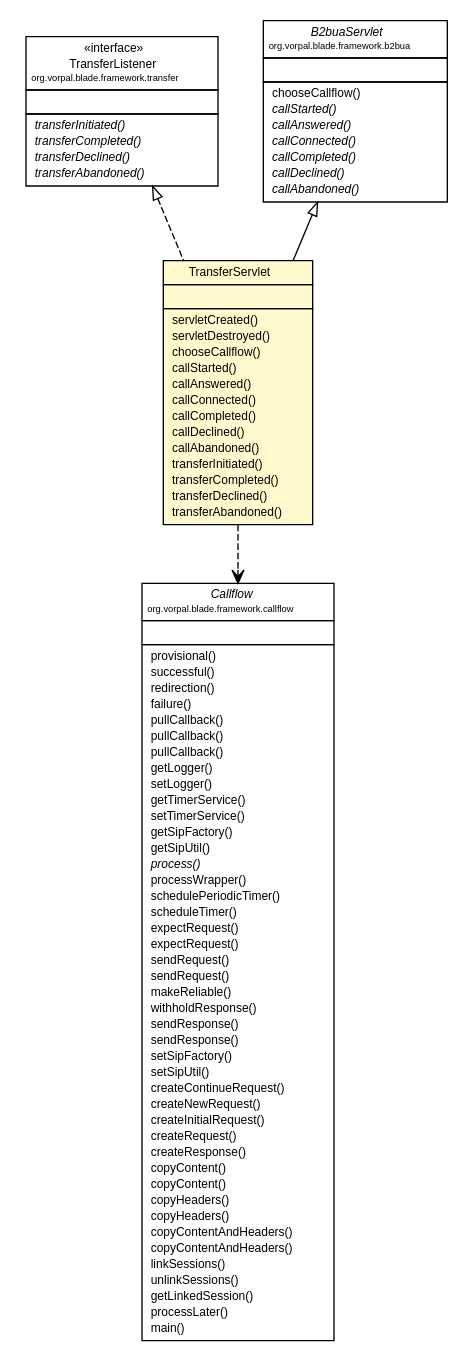
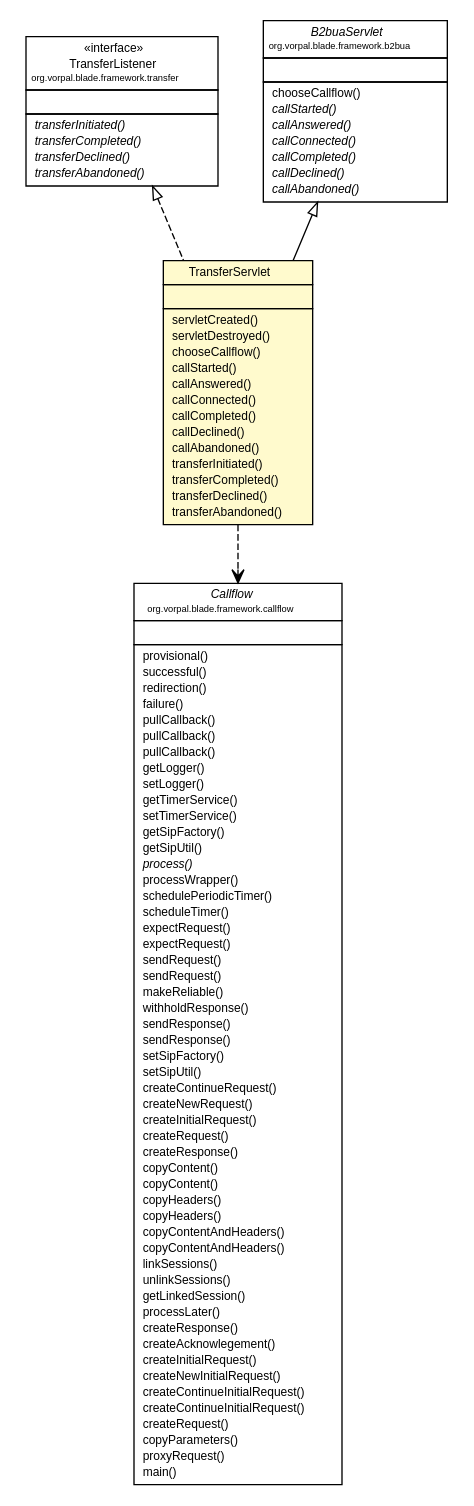
One commit to vorpalnet/vorpalnet.github.io changed the diagram in blade/vorpal-blade-transfer/org/vorpal/blade/services/transfer/TransferServlet.dot. Above: the diagram before and after it, drawn with Graphviz. The commit also changed 1096 other files, not shown here.

```diff
--- a/blade/vorpal-blade-transfer/org/vorpal/blade/services/transfer/TransferServlet.dot
+++ b/blade/vorpal-blade-transfer/org/vorpal/blade/services/transfer/TransferServlet.dot
@@ -1,133 +1,142 @@
 #!/usr/local/bin/dot
 #
 # Class diagram 
 # Generated by UMLGraph version 5.2 (http://www.umlgraph.org/)
 #
 
 digraph G {
 	edge [fontname="Helvetica",fontsize=10,labelfontname="Helvetica",labelfontsize=10];
 	node [fontname="Helvetica",fontsize=10,shape=plaintext];
 	nodesep=0.25;
 	ranksep=0.5;
 	// org.vorpal.blade.framework.transfer.TransferListener
-	c187 [label=<<table title="org.vorpal.blade.framework.transfer.TransferListener" border="0" cellborder="1" cellspacing="0" cellpadding="2" port="p" href="../../framework/transfer/TransferListener.html">
+	c190 [label=<<table title="org.vorpal.blade.framework.transfer.TransferListener" border="0" cellborder="1" cellspacing="0" cellpadding="2" port="p" href="../../framework/transfer/TransferListener.html">
 		<tr><td><table border="0" cellspacing="0" cellpadding="1">
 <tr><td align="center" balign="center"> &#171;interface&#187; </td></tr>
 <tr><td align="center" balign="center"> TransferListener </td></tr>
 <tr><td align="center" balign="center"><font point-size="7.0"> org.vorpal.blade.framework.transfer </font></td></tr>
 		</table></td></tr>
 		<tr><td><table border="0" cellspacing="0" cellpadding="1">
 <tr><td align="left" balign="left">  </td></tr>
 		</table></td></tr>
 		<tr><td><table border="0" cellspacing="0" cellpadding="1">
 <tr><td align="left" balign="left"><font face="Helvetica-Oblique" point-size="9.0">  transferInitiated() </font></td></tr>
 <tr><td align="left" balign="left"><font face="Helvetica-Oblique" point-size="9.0">  transferCompleted() </font></td></tr>
 <tr><td align="left" balign="left"><font face="Helvetica-Oblique" point-size="9.0">  transferDeclined() </font></td></tr>
 <tr><td align="left" balign="left"><font face="Helvetica-Oblique" point-size="9.0">  transferAbandoned() </font></td></tr>
 		</table></td></tr>
 		</table>>, fontname="Helvetica", fontcolor="black", fontsize=9.0];
 	// org.vorpal.blade.services.transfer.TransferServlet
-	c196 [label=<<table title="org.vorpal.blade.services.transfer.TransferServlet" border="0" cellborder="1" cellspacing="0" cellpadding="2" port="p" bgcolor="lemonChiffon" href="./TransferServlet.html">
+	c199 [label=<<table title="org.vorpal.blade.services.transfer.TransferServlet" border="0" cellborder="1" cellspacing="0" cellpadding="2" port="p" bgcolor="lemonChiffon" href="./TransferServlet.html">
 		<tr><td><table border="0" cellspacing="0" cellpadding="1">
 <tr><td align="center" balign="center"> TransferServlet </td></tr>
 		</table></td></tr>
 		<tr><td><table border="0" cellspacing="0" cellpadding="1">
 <tr><td align="left" balign="left">  </td></tr>
 		</table></td></tr>
 		<tr><td><table border="0" cellspacing="0" cellpadding="1">
 <tr><td align="left" balign="left">  servletCreated() </td></tr>
 <tr><td align="left" balign="left">  servletDestroyed() </td></tr>
 <tr><td align="left" balign="left">  chooseCallflow() </td></tr>
 <tr><td align="left" balign="left">  callStarted() </td></tr>
 <tr><td align="left" balign="left">  callAnswered() </td></tr>
 <tr><td align="left" balign="left">  callConnected() </td></tr>
 <tr><td align="left" balign="left">  callCompleted() </td></tr>
 <tr><td align="left" balign="left">  callDeclined() </td></tr>
 <tr><td align="left" balign="left">  callAbandoned() </td></tr>
 <tr><td align="left" balign="left">  transferInitiated() </td></tr>
 <tr><td align="left" balign="left">  transferCompleted() </td></tr>
 <tr><td align="left" balign="left">  transferDeclined() </td></tr>
 <tr><td align="left" balign="left">  transferAbandoned() </td></tr>
 		</table></td></tr>
 		</table>>, fontname="Helvetica", fontcolor="black", fontsize=9.0];
 	//org.vorpal.blade.services.transfer.TransferServlet extends org.vorpal.blade.framework.b2bua.B2buaServlet
-	c198:p -> c196:p [dir=back,arrowtail=empty];
+	c201:p -> c199:p [dir=back,arrowtail=empty];
 	//org.vorpal.blade.services.transfer.TransferServlet implements org.vorpal.blade.framework.transfer.TransferListener
-	c187:p -> c196:p [dir=back,arrowtail=empty,style=dashed];
+	c190:p -> c199:p [dir=back,arrowtail=empty,style=dashed];
 	// org.vorpal.blade.services.transfer.TransferServlet DEPEND org.vorpal.blade.framework.callflow.Callflow
-	c196:p -> c199:p [taillabel="", label="", headlabel="", fontname="Helvetica", fontcolor="black", fontsize=10.0, color="black", arrowhead=open, style=dashed];
+	c199:p -> c202:p [taillabel="", label="", headlabel="", fontname="Helvetica", fontcolor="black", fontsize=10.0, color="black", arrowhead=open, style=dashed];
 	// org.vorpal.blade.framework.callflow.Callflow
-	c199 [label=<<table title="org.vorpal.blade.framework.callflow.Callflow" border="0" cellborder="1" cellspacing="0" cellpadding="2" port="p" href="http://java.sun.com/j2se/1.4.2/docs/api/org/vorpal/blade/framework/callflow/Callflow.html">
+	c202 [label=<<table title="org.vorpal.blade.framework.callflow.Callflow" border="0" cellborder="1" cellspacing="0" cellpadding="2" port="p" href="http://java.sun.com/j2se/1.4.2/docs/api/org/vorpal/blade/framework/callflow/Callflow.html">
 		<tr><td><table border="0" cellspacing="0" cellpadding="1">
 <tr><td align="center" balign="center"><font face="Helvetica-Oblique"> Callflow </font></td></tr>
 <tr><td align="center" balign="center"><font point-size="7.0"> org.vorpal.blade.framework.callflow </font></td></tr>
 		</table></td></tr>
 		<tr><td><table border="0" cellspacing="0" cellpadding="1">
 <tr><td align="left" balign="left">  </td></tr>
 		</table></td></tr>
 		<tr><td><table border="0" cellspacing="0" cellpadding="1">
 <tr><td align="left" balign="left">  provisional() </td></tr>
 <tr><td align="left" balign="left">  successful() </td></tr>
 <tr><td align="left" balign="left">  redirection() </td></tr>
 <tr><td align="left" balign="left">  failure() </td></tr>
 <tr><td align="left" balign="left">  pullCallback() </td></tr>
 <tr><td align="left" balign="left">  pullCallback() </td></tr>
 <tr><td align="left" balign="left">  pullCallback() </td></tr>
 <tr><td align="left" balign="left">  getLogger() </td></tr>
 <tr><td align="left" balign="left">  setLogger() </td></tr>
 <tr><td align="left" balign="left">  getTimerService() </td></tr>
 <tr><td align="left" balign="left">  setTimerService() </td></tr>
 <tr><td align="left" balign="left">  getSipFactory() </td></tr>
 <tr><td align="left" balign="left">  getSipUtil() </td></tr>
 <tr><td align="left" balign="left"><font face="Helvetica-Oblique" point-size="9.0">  process() </font></td></tr>
 <tr><td align="left" balign="left">  processWrapper() </td></tr>
 <tr><td align="left" balign="left">  schedulePeriodicTimer() </td></tr>
 <tr><td align="left" balign="left">  scheduleTimer() </td></tr>
 <tr><td align="left" balign="left">  expectRequest() </td></tr>
 <tr><td align="left" balign="left">  expectRequest() </td></tr>
 <tr><td align="left" balign="left">  sendRequest() </td></tr>
 <tr><td align="left" balign="left">  sendRequest() </td></tr>
 <tr><td align="left" balign="left">  makeReliable() </td></tr>
 <tr><td align="left" balign="left">  withholdResponse() </td></tr>
 <tr><td align="left" balign="left">  sendResponse() </td></tr>
 <tr><td align="left" balign="left">  sendResponse() </td></tr>
 <tr><td align="left" balign="left">  setSipFactory() </td></tr>
 <tr><td align="left" balign="left">  setSipUtil() </td></tr>
 <tr><td align="left" balign="left">  createContinueRequest() </td></tr>
 <tr><td align="left" balign="left">  createNewRequest() </td></tr>
 <tr><td align="left" balign="left">  createInitialRequest() </td></tr>
 <tr><td align="left" balign="left">  createRequest() </td></tr>
 <tr><td align="left" balign="left">  createResponse() </td></tr>
 <tr><td align="left" balign="left">  copyContent() </td></tr>
 <tr><td align="left" balign="left">  copyContent() </td></tr>
 <tr><td align="left" balign="left">  copyHeaders() </td></tr>
 <tr><td align="left" balign="left">  copyHeaders() </td></tr>
 <tr><td align="left" balign="left">  copyContentAndHeaders() </td></tr>
 <tr><td align="left" balign="left">  copyContentAndHeaders() </td></tr>
 <tr><td align="left" balign="left">  linkSessions() </td></tr>
 <tr><td align="left" balign="left">  unlinkSessions() </td></tr>
 <tr><td align="left" balign="left">  getLinkedSession() </td></tr>
 <tr><td align="left" balign="left">  processLater() </td></tr>
+<tr><td align="left" balign="left">  createResponse() </td></tr>
+<tr><td align="left" balign="left">  createAcknowlegement() </td></tr>
+<tr><td align="left" balign="left">  createInitialRequest() </td></tr>
+<tr><td align="left" balign="left">  createNewInitialRequest() </td></tr>
+<tr><td align="left" balign="left">  createContinueInitialRequest() </td></tr>
+<tr><td align="left" balign="left">  createContinueInitialRequest() </td></tr>
+<tr><td align="left" balign="left">  createRequest() </td></tr>
+<tr><td align="left" balign="left">  copyParameters() </td></tr>
+<tr><td align="left" balign="left">  proxyRequest() </td></tr>
 <tr><td align="left" balign="left">  main() </td></tr>
 		</table></td></tr>
 		</table>>, fontname="Helvetica", fontcolor="black", fontsize=9.0];
 	// org.vorpal.blade.framework.b2bua.B2buaServlet
-	c198 [label=<<table title="org.vorpal.blade.framework.b2bua.B2buaServlet" border="0" cellborder="1" cellspacing="0" cellpadding="2" port="p" href="http://java.sun.com/j2se/1.4.2/docs/api/org/vorpal/blade/framework/b2bua/B2buaServlet.html">
+	c201 [label=<<table title="org.vorpal.blade.framework.b2bua.B2buaServlet" border="0" cellborder="1" cellspacing="0" cellpadding="2" port="p" href="http://java.sun.com/j2se/1.4.2/docs/api/org/vorpal/blade/framework/b2bua/B2buaServlet.html">
 		<tr><td><table border="0" cellspacing="0" cellpadding="1">
 <tr><td align="center" balign="center"><font face="Helvetica-Oblique"> B2buaServlet </font></td></tr>
 <tr><td align="center" balign="center"><font point-size="7.0"> org.vorpal.blade.framework.b2bua </font></td></tr>
 		</table></td></tr>
 		<tr><td><table border="0" cellspacing="0" cellpadding="1">
 <tr><td align="left" balign="left">  </td></tr>
 		</table></td></tr>
 		<tr><td><table border="0" cellspacing="0" cellpadding="1">
 <tr><td align="left" balign="left">  chooseCallflow() </td></tr>
 <tr><td align="left" balign="left"><font face="Helvetica-Oblique" point-size="9.0">  callStarted() </font></td></tr>
 <tr><td align="left" balign="left"><font face="Helvetica-Oblique" point-size="9.0">  callAnswered() </font></td></tr>
 <tr><td align="left" balign="left"><font face="Helvetica-Oblique" point-size="9.0">  callConnected() </font></td></tr>
 <tr><td align="left" balign="left"><font face="Helvetica-Oblique" point-size="9.0">  callCompleted() </font></td></tr>
 <tr><td align="left" balign="left"><font face="Helvetica-Oblique" point-size="9.0">  callDeclined() </font></td></tr>
 <tr><td align="left" balign="left"><font face="Helvetica-Oblique" point-size="9.0">  callAbandoned() </font></td></tr>
 		</table></td></tr>
 		</table>>, fontname="Helvetica", fontcolor="black", fontsize=9.0];
 }
```
